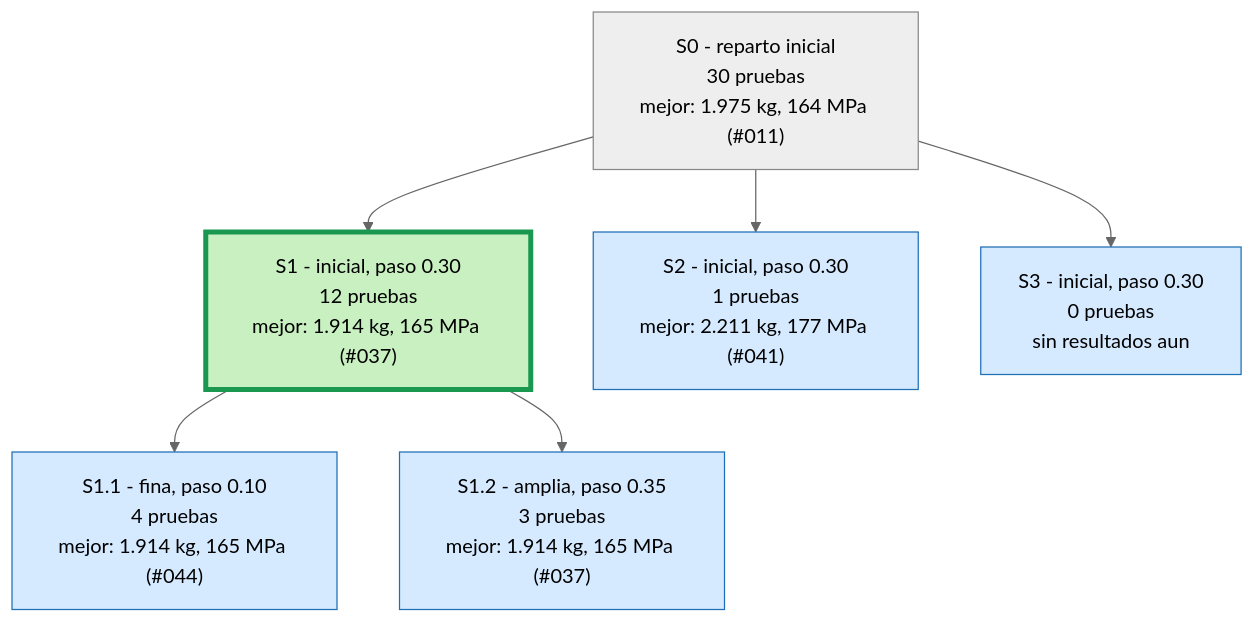
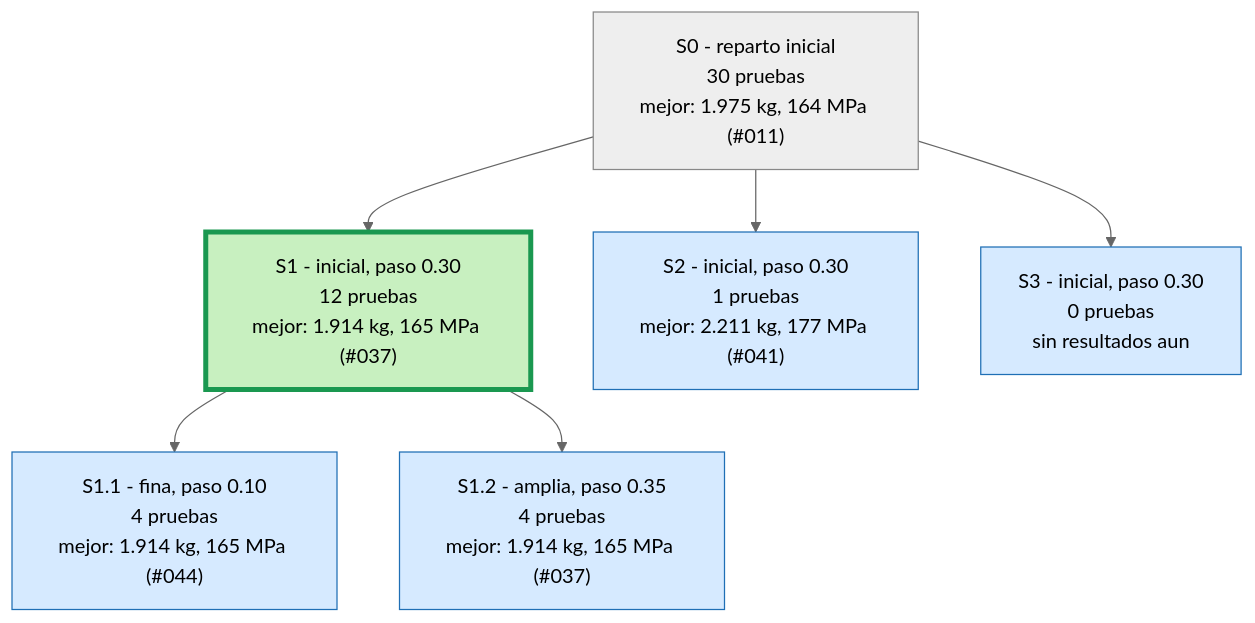
One commit to Hugiko/msd-soporte-optimizacion changed the first of 4 diagrams in runs/opt_37800N/ARBOL.md. Above: the diagram before and after it, drawn with Mermaid (neutral theme). The commit also changed 19 other files, not shown here.

````diff
--- a/runs/opt_37800N/ARBOL.md
+++ b/runs/opt_37800N/ARBOL.md
@@ -9,17 +9,17 @@
 ```mermaid
 graph TD
 classDef activa fill:#d6eaff,stroke:#1f6fb5,color:#000
 classDef fin fill:#eeeeee,stroke:#888,color:#000
 classDef mejor fill:#c8f0c0,stroke:#1a9850,stroke-width:4px,color:#000
 S0["S0 - reparto inicial<br/>30 pruebas<br/>mejor: 1.975 kg, 164 MPa (#011)"]:::fin
 S1["S1 - inicial, paso 0.30<br/>12 pruebas<br/>mejor: 1.914 kg, 165 MPa (#037)"]:::mejor
 S0 --> S1
 S2["S2 - inicial, paso 0.30<br/>1 pruebas<br/>mejor: 2.211 kg, 177 MPa (#041)"]:::activa
 S0 --> S2
 S3["S3 - inicial, paso 0.30<br/>0 pruebas<br/>sin resultados aun"]:::activa
 S0 --> S3
 S1_1["S1.1 - fina, paso 0.10<br/>4 pruebas<br/>mejor: 1.914 kg, 165 MPa (#044)"]:::activa
 S1 --> S1_1
-S1_2["S1.2 - amplia, paso 0.35<br/>3 pruebas<br/>mejor: 1.914 kg, 165 MPa (#037)"]:::activa
+S1_2["S1.2 - amplia, paso 0.35<br/>4 pruebas<br/>mejor: 1.914 kg, 165 MPa (#037)"]:::activa
 S1 --> S1_2
 ```
````
